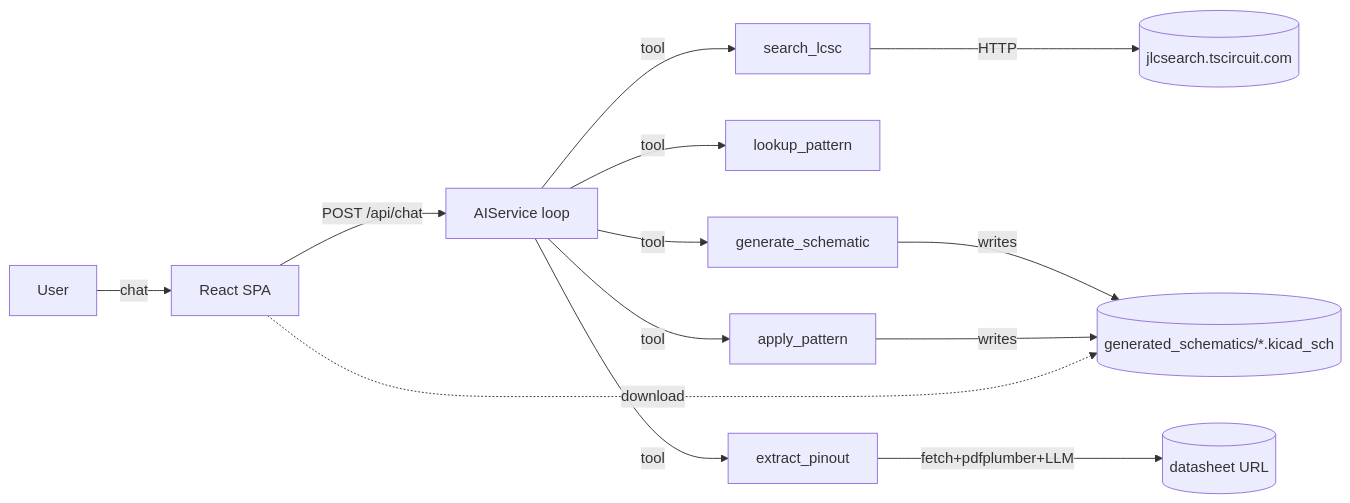
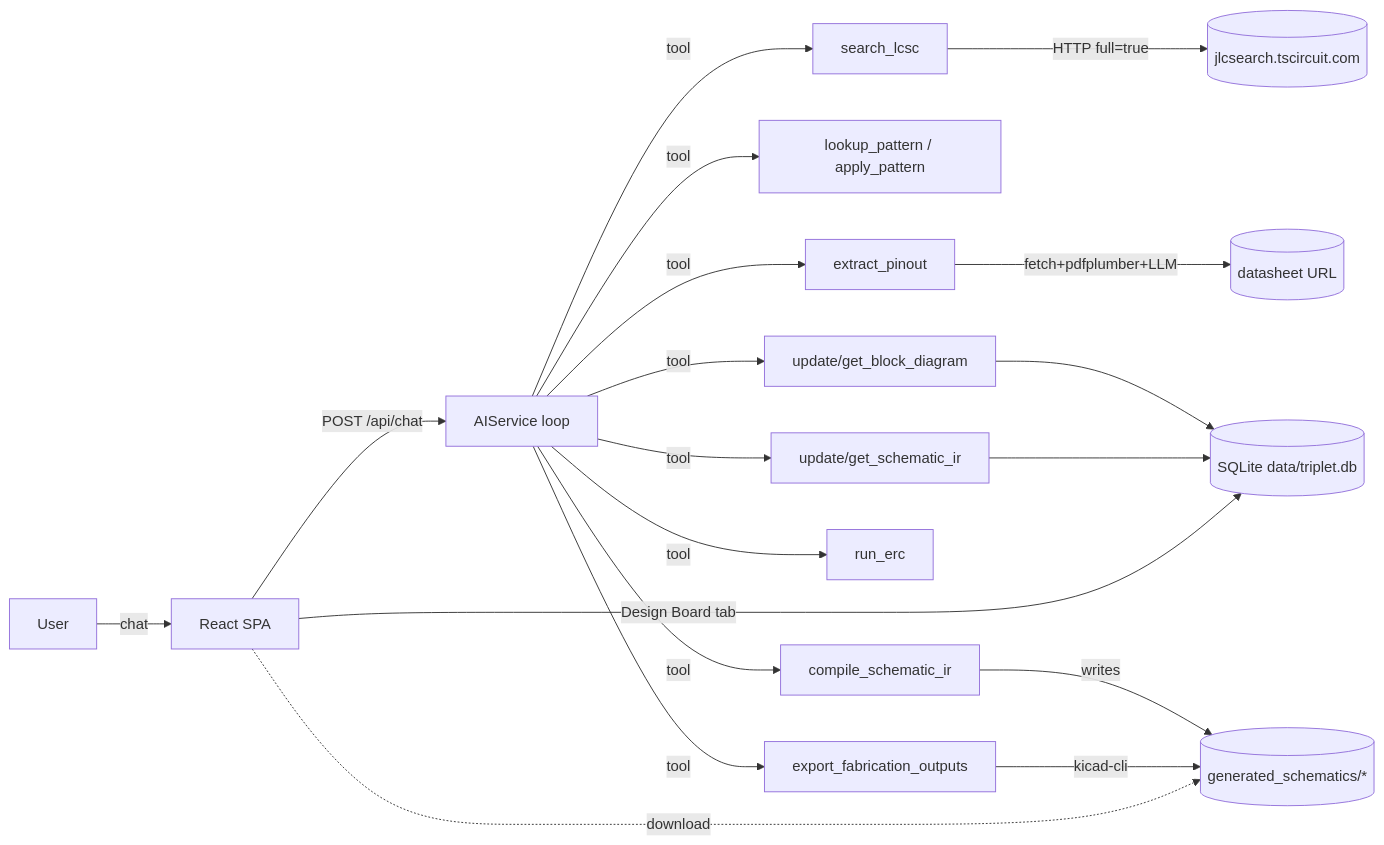
The diagram in wiki/overview.md (Matt-Thom/TripleT-KiCad-Agent), drawn with Mermaid before and after one commit. The commit also changed other lines of this file and 3 other files, not shown here.

````diff
--- a/wiki/overview.md
+++ b/wiki/overview.md
@@ -16,15 +16,21 @@
 ```mermaid
 flowchart LR
     U[User] -->|chat| FE[React SPA]
     FE -->|POST /api/chat| AI[AIService loop]
     AI -->|tool| LCSC[search_lcsc]
-    AI -->|tool| LOOK[lookup_pattern]
-    AI -->|tool| APPLY[apply_pattern]
+    AI -->|tool| PAT[lookup_pattern / apply_pattern]
     AI -->|tool| EXT[extract_pinout]
-    AI -->|tool| GEN[generate_schematic]
-    LCSC -->|HTTP| JLC[(jlcsearch.tscircuit.com)]
+    AI -->|tool| BD[update/get_block_diagram]
+    AI -->|tool| IR[update/get_schematic_ir]
+    AI -->|tool| ERC[run_erc]
+    AI -->|tool| COMP[compile_schematic_ir]
+    AI -->|tool| FAB[export_fabrication_outputs]
+    LCSC -->|HTTP full=true| JLC[(jlcsearch.tscircuit.com)]
     EXT -->|fetch+pdfplumber+LLM| PDF[(datasheet URL)]
-    GEN -->|writes| FS[(generated_schematics/*.kicad_sch)]
-    APPLY -->|writes| FS
+    BD --> DB[(SQLite data/triplet.db)]
+    IR --> DB
+    COMP -->|writes| FS[(generated_schematics/*)]
+    FAB -->|kicad-cli| FS
     FE -.download.-> FS
+    FE -->|Design Board tab| DB
 ```
````
